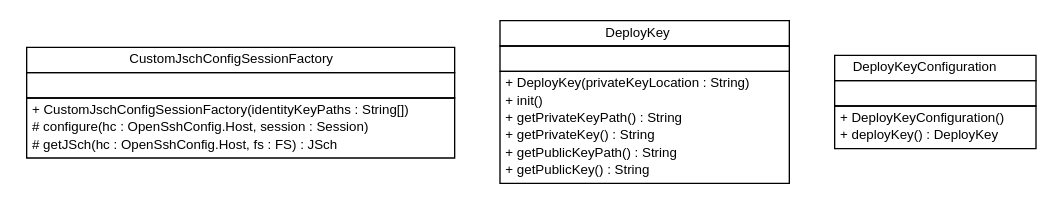
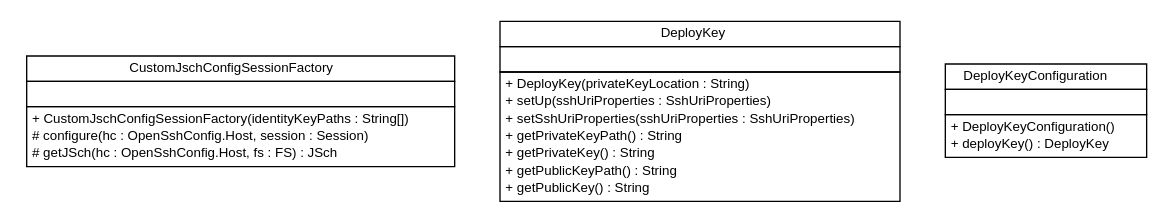
Before and after one commit to sfeng9d/spring-cloud-config: the diagram in snapshot/build-docker/maven-build-java8/spring-cloud-config/spring-cloud-config-server/apidocs/cn/home1/cloud/config/server/ssh/cn.home1.cloud.config.server.ssh.dot, drawn with Graphviz. The commit also changed 101 other files, not shown here.

```diff
--- a/snapshot/build-docker/maven-build-java8/spring-cloud-config/spring-cloud-config-server/apidocs/cn/home1/cloud/config/server/ssh/cn.home1.cloud.config.server.ssh.dot
+++ b/snapshot/build-docker/maven-build-java8/spring-cloud-config/spring-cloud-config-server/apidocs/cn/home1/cloud/config/server/ssh/cn.home1.cloud.config.server.ssh.dot
@@ -1,56 +1,57 @@
 #!/usr/local/bin/dot
 #
 # Class diagram 
 # Generated by UMLGraph version R5_6-24-gf6e263 (http://www.umlgraph.org/)
 #
 
 digraph G {
 	edge [fontname="Helvetica",fontsize=10,labelfontname="Helvetica",labelfontsize=10];
 	node [fontname="Helvetica",fontsize=10,shape=plaintext];
 	nodesep=0.25;
 	ranksep=0.5;
 	// cn.home1.cloud.config.server.ssh.CustomJschConfigSessionFactory
 	c82 [label=<<table title="cn.home1.cloud.config.server.ssh.CustomJschConfigSessionFactory" border="0" cellborder="1" cellspacing="0" cellpadding="2" port="p" href="./CustomJschConfigSessionFactory.html">
 		<tr><td><table border="0" cellspacing="0" cellpadding="1">
 <tr><td align="center" balign="center"> CustomJschConfigSessionFactory </td></tr>
 		</table></td></tr>
 		<tr><td><table border="0" cellspacing="0" cellpadding="1">
 <tr><td align="left" balign="left">  </td></tr>
 		</table></td></tr>
 		<tr><td><table border="0" cellspacing="0" cellpadding="1">
 <tr><td align="left" balign="left"> + CustomJschConfigSessionFactory(identityKeyPaths : String[]) </td></tr>
 <tr><td align="left" balign="left"> # configure(hc : OpenSshConfig.Host, session : Session) </td></tr>
 <tr><td align="left" balign="left"> # getJSch(hc : OpenSshConfig.Host, fs : FS) : JSch </td></tr>
 		</table></td></tr>
 		</table>>, URL="./CustomJschConfigSessionFactory.html", fontname="Helvetica", fontcolor="black", fontsize=10.0];
 	// cn.home1.cloud.config.server.ssh.DeployKey
 	c83 [label=<<table title="cn.home1.cloud.config.server.ssh.DeployKey" border="0" cellborder="1" cellspacing="0" cellpadding="2" port="p" href="./DeployKey.html">
 		<tr><td><table border="0" cellspacing="0" cellpadding="1">
 <tr><td align="center" balign="center"> DeployKey </td></tr>
 		</table></td></tr>
 		<tr><td><table border="0" cellspacing="0" cellpadding="1">
 <tr><td align="left" balign="left">  </td></tr>
 		</table></td></tr>
 		<tr><td><table border="0" cellspacing="0" cellpadding="1">
 <tr><td align="left" balign="left"> + DeployKey(privateKeyLocation : String) </td></tr>
-<tr><td align="left" balign="left"> + init() </td></tr>
+<tr><td align="left" balign="left"> + setUp(sshUriProperties : SshUriProperties) </td></tr>
+<tr><td align="left" balign="left"> + setSshUriProperties(sshUriProperties : SshUriProperties) </td></tr>
 <tr><td align="left" balign="left"> + getPrivateKeyPath() : String </td></tr>
 <tr><td align="left" balign="left"> + getPrivateKey() : String </td></tr>
 <tr><td align="left" balign="left"> + getPublicKeyPath() : String </td></tr>
 <tr><td align="left" balign="left"> + getPublicKey() : String </td></tr>
 		</table></td></tr>
 		</table>>, URL="./DeployKey.html", fontname="Helvetica", fontcolor="black", fontsize=10.0];
 	// cn.home1.cloud.config.server.ssh.DeployKeyConfiguration
 	c84 [label=<<table title="cn.home1.cloud.config.server.ssh.DeployKeyConfiguration" border="0" cellborder="1" cellspacing="0" cellpadding="2" port="p" href="./DeployKeyConfiguration.html">
 		<tr><td><table border="0" cellspacing="0" cellpadding="1">
 <tr><td align="center" balign="center"> DeployKeyConfiguration </td></tr>
 		</table></td></tr>
 		<tr><td><table border="0" cellspacing="0" cellpadding="1">
 <tr><td align="left" balign="left">  </td></tr>
 		</table></td></tr>
 		<tr><td><table border="0" cellspacing="0" cellpadding="1">
 <tr><td align="left" balign="left"> + DeployKeyConfiguration() </td></tr>
 <tr><td align="left" balign="left"> + deployKey() : DeployKey </td></tr>
 		</table></td></tr>
 		</table>>, URL="./DeployKeyConfiguration.html", fontname="Helvetica", fontcolor="black", fontsize=10.0];
 }
```
